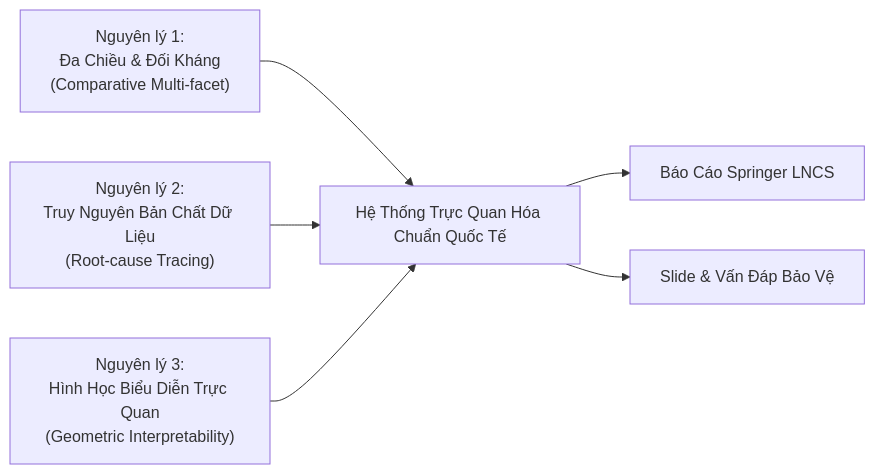
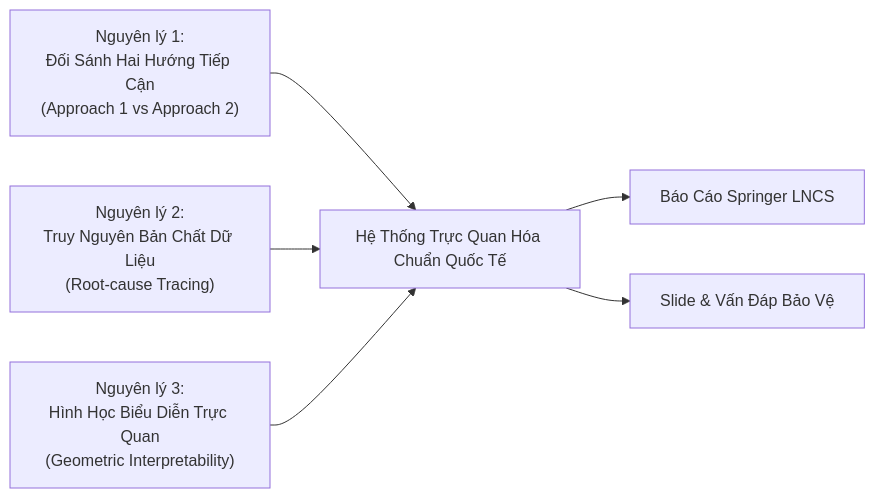
The diagram in docs/phan-tich-chuyen-sau-truc-quan-hoa.md (bqthangdev/CTH004_Nhom4), drawn with Mermaid before and after one commit. The commit also changed other lines of this file and 109 other files, not shown here.

````diff
--- a/docs/phan-tich-chuyen-sau-truc-quan-hoa.md
+++ b/docs/phan-tich-chuyen-sau-truc-quan-hoa.md
@@ -35,8 +35,8 @@
 ```mermaid
 flowchart LR
-    A["Nguyên lý 1:<br>Đa Chiều & Đối Kháng<br>(Comparative Multi-facet)"] --> D["Hệ Thống Trực Quan Hóa Chuẩn Quốc Tế"]
+    A["Nguyên lý 1:<br>Đối Sánh Hai Hướng Tiếp Cận<br>(Approach 1 vs Approach 2)"] --> D["Hệ Thống Trực Quan Hóa Chuẩn Quốc Tế"]
     B["Nguyên lý 2:<br>Truy Nguyên Bản Chất Dữ Liệu<br>(Root-cause Tracing)"] --> D
     C["Nguyên lý 3:<br>Hình Học Biểu Diễn Trực Quan<br>(Geometric Interpretability)"] --> D
     D --> E["Báo Cáo Springer LNCS"]
     D --> F["Slide & Vấn Đáp Bảo Vệ"]
 ```
````
